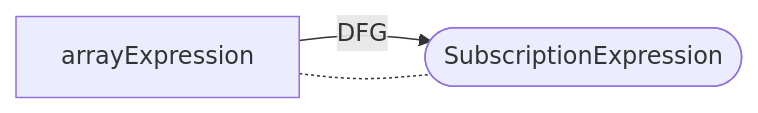
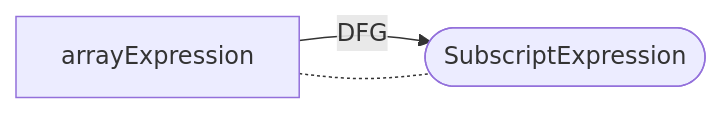
Diagram 12 of 38 in docs/docs/CPG/specs/dfg.md (Fraunhofer-AISEC/cpg), drawn with Mermaid before and after one commit. The commit also changed other lines of this file and 28 other files, not shown here.

Commit message:
Renaming SubscriptionExpression to SubscriptExpression and fix comment with Block

````diff
--- a/docs/docs/CPG/specs/dfg.md
+++ b/docs/docs/CPG/specs/dfg.md
@@ -182,5 +182,5 @@
   ```mermaid
   flowchart LR
-    arrayExpression -- DFG --> node([SubscriptionExpression]);
+    arrayExpression -- DFG --> node([SubscriptExpression]);
     arrayExpression -.- node;
   ```
````
